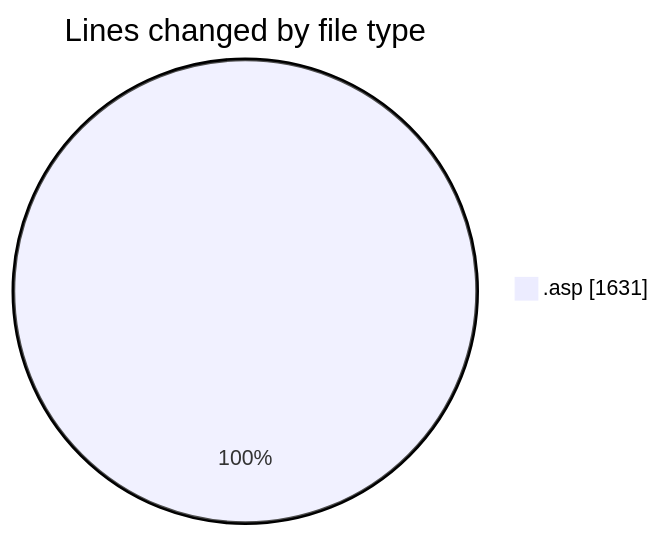
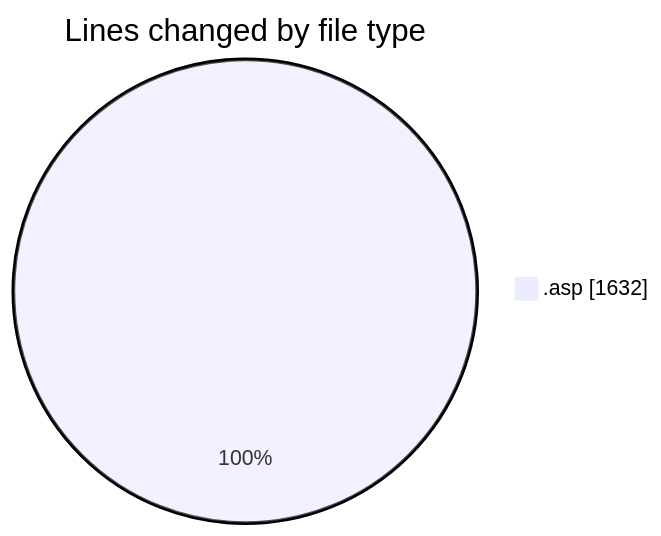
Before and after one commit to julien-gomy/code-tracking: the first of 2 diagrams in 2025-11-23/cdp_aleoudev_fr__workspace_/README.md, drawn with Mermaid. The commit also changed other lines of this file and 1 other file, not shown here.

````diff
--- a/2025-11-23/cdp_aleoudev_fr__workspace_/README.md
+++ b/2025-11-23/cdp_aleoudev_fr__workspace_/README.md
@@ -23,5 +23,5 @@
 ```mermaid
 pie showData
 title Lines changed by file type
-".asp" : 1631
+".asp" : 1632
 ```
````
